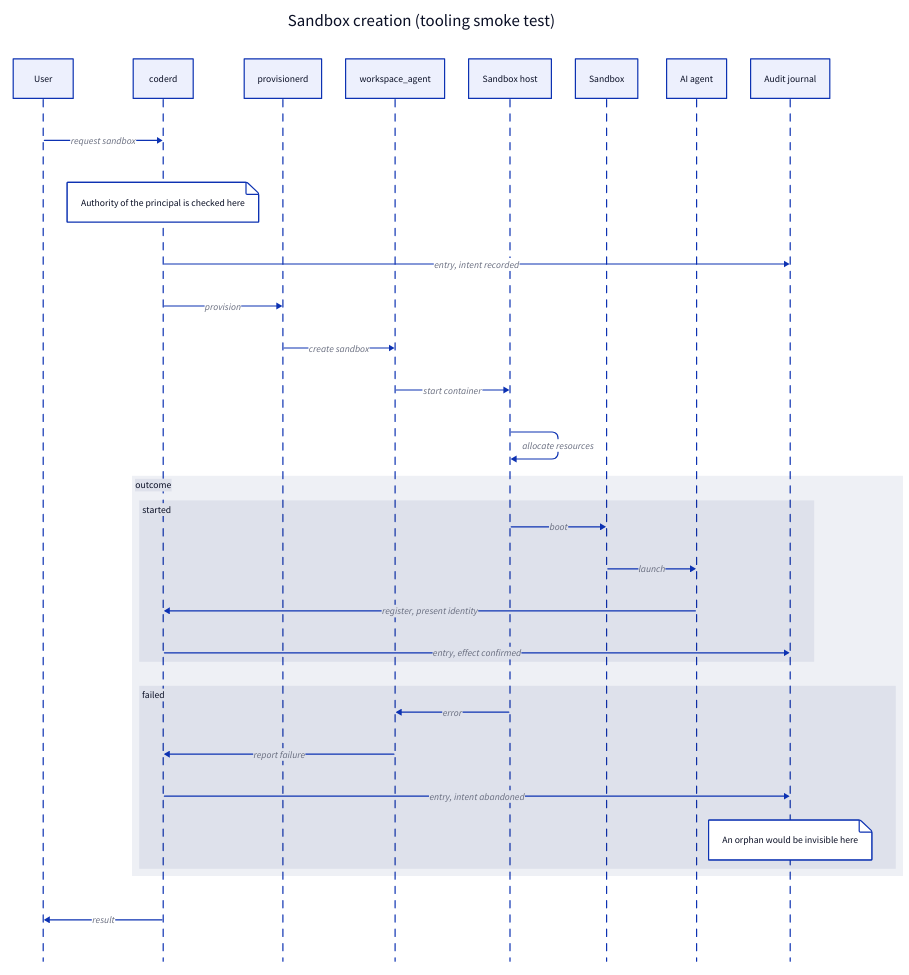
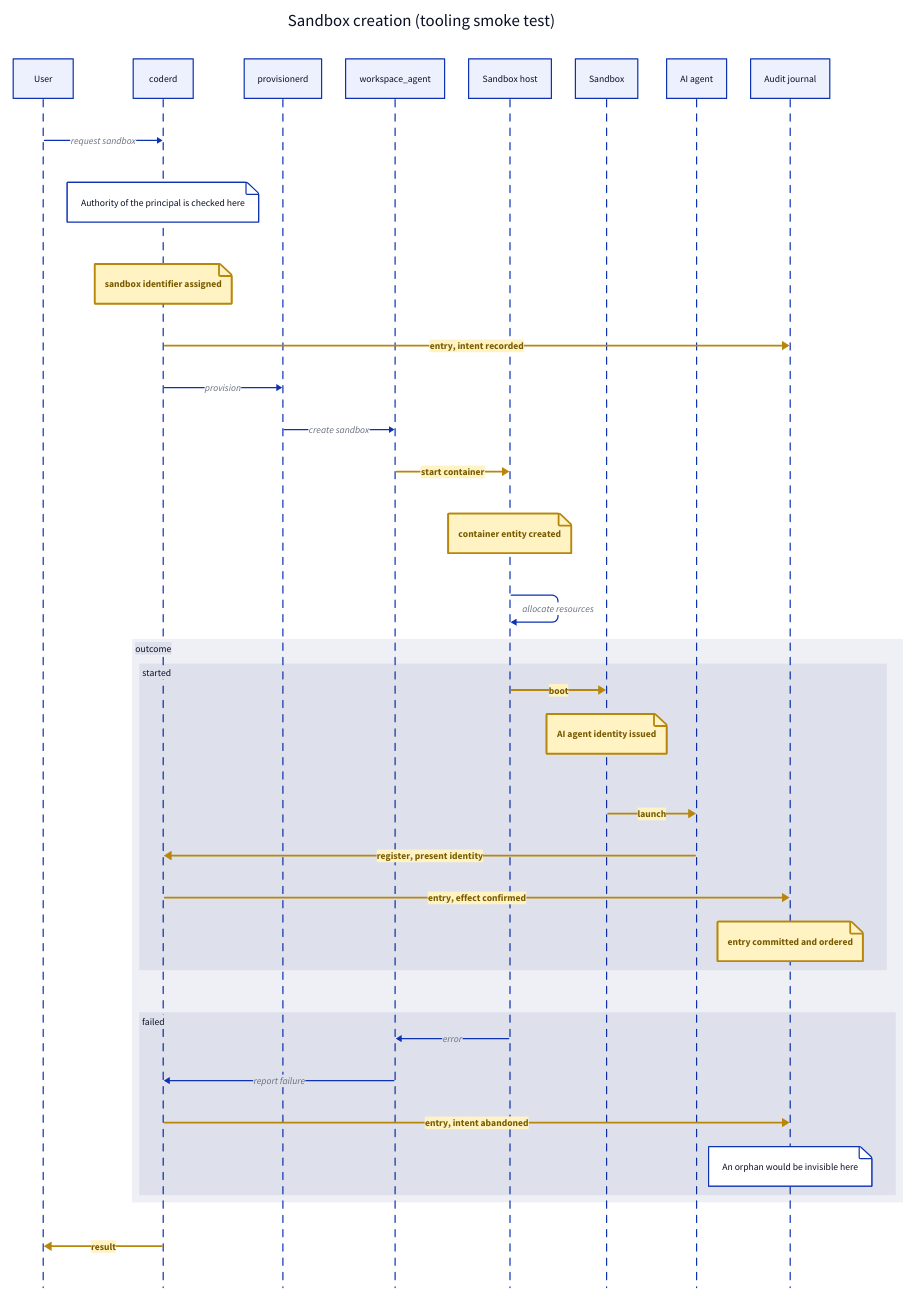
One commit to coder/coder changed the diagram in poc_audit/diagram_tooling_test.md. Above: the diagram before and after it, drawn with D2. The commit also changed other lines of this file and 1 other file, not shown here.

First line of the commit message:
docs(poc_audit): try out class marking of auditable events

````diff
--- a/poc_audit/diagram_tooling_test.md
+++ b/poc_audit/diagram_tooling_test.md
@@ -35,41 +42,78 @@
 ```d2
+classes: {
+  auditable: {
+    style: {
+      stroke: "#B8860B"
+      stroke-width: 3
+      bold: true
+      font-color: "#7A5C00"
+      fill: "#FFF3C4"
+    }
+  }
+}
+
 seq: Sandbox creation (tooling smoke test) {
   shape: sequence_diagram
 
   user: User
   coderd: coderd
   prov: provisionerd
   wsagent: workspace_agent
   host: Sandbox host
   sandbox: Sandbox
   aiagent: AI agent
   journal: Audit journal
 
   user -> coderd: request sandbox
+
+  # plain note, for contrast
   coderd.note: Authority of the principal is checked here
-  coderd -> journal: entry, intent recorded
+
+  # assignment of an identifier, occurs within the activation
+  coderd.n2: sandbox identifier assigned { class: auditable }
+
+  # database write
+  coderd -> journal: entry, intent recorded { class: auditable }
+
   coderd -> prov: provision
+  prov -> wsagent: create sandbox
 
-  prov -> wsagent: create sandbox
-  wsagent -> host: start container
+  # creation of an entity
+  wsagent -> host: start container { class: auditable }
+
+  # creation of an entity, occurs within the activation
+  host.n1: container entity created { class: auditable }
+
   host -> host: allocate resources
 
   outcome: {
     started: {
-      host -> sandbox: boot
-      sandbox -> aiagent: launch
-      aiagent -> coderd: register, present identity
-      coderd -> journal: entry, effect confirmed
+      host -> sandbox: boot { class: auditable }
+
+      # assignment of an identifier, occurs within the activation
+      sandbox.n1: AI agent identity issued { class: auditable }
+
+      sandbox -> aiagent: launch { class: auditable }
+      aiagent -> coderd: register, present identity { class: auditable }
+
+      # database write
+      coderd -> journal: entry, effect confirmed { class: auditable }
+
+      # database write, occurs within the activation
+      journal.n1: entry committed and ordered { class: auditable }
     }
 
     failed: {
       host -> wsagent: error
       wsagent -> coderd: report failure
-      coderd -> journal: entry, intent abandoned
+      coderd -> journal: entry, intent abandoned { class: auditable }
+
+      # plain note, for contrast
       journal.note: An orphan would be invisible here
     }
   }
 
-  coderd -> user: result
+  # sending a message outside the system
+  coderd -> user: result { class: auditable }
 }
 ```
````
